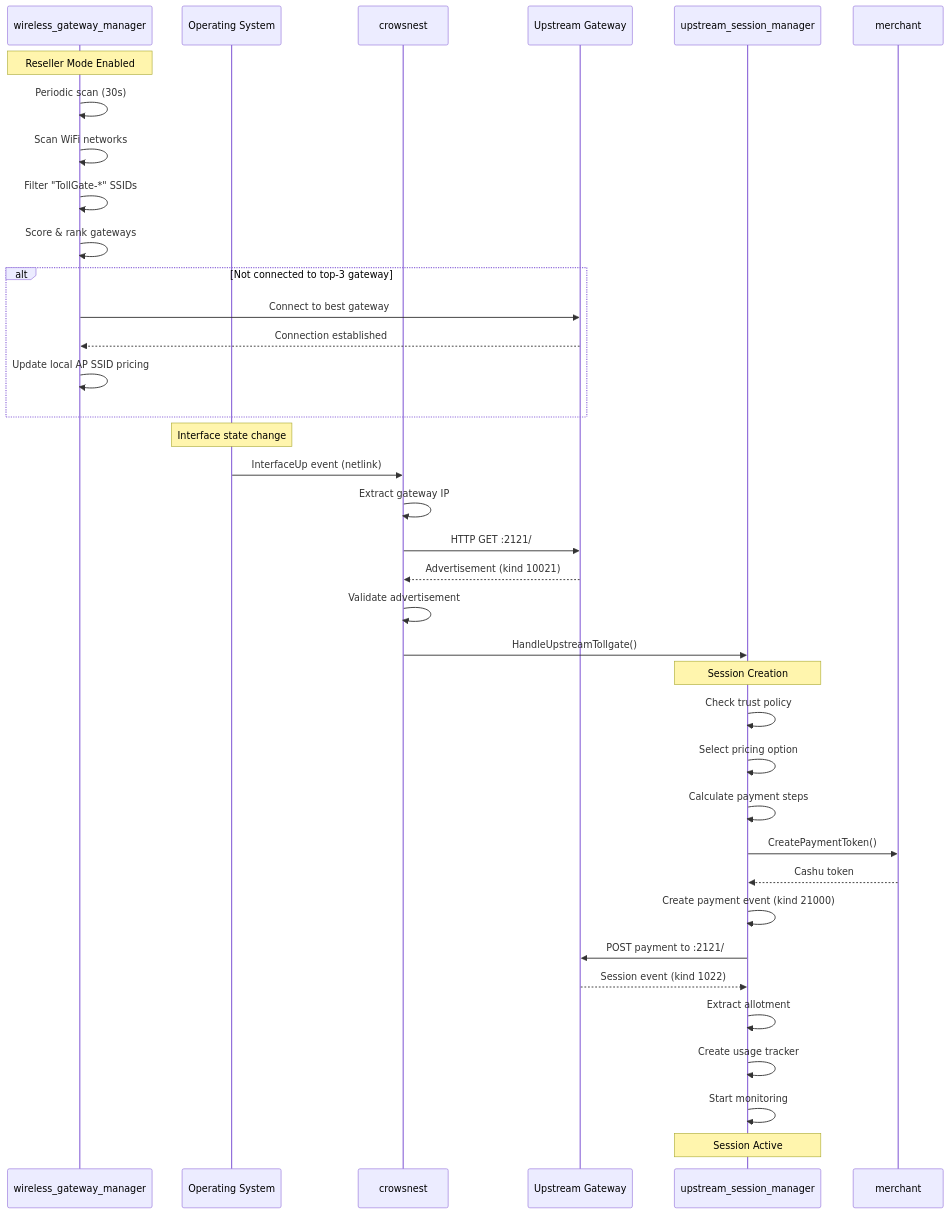
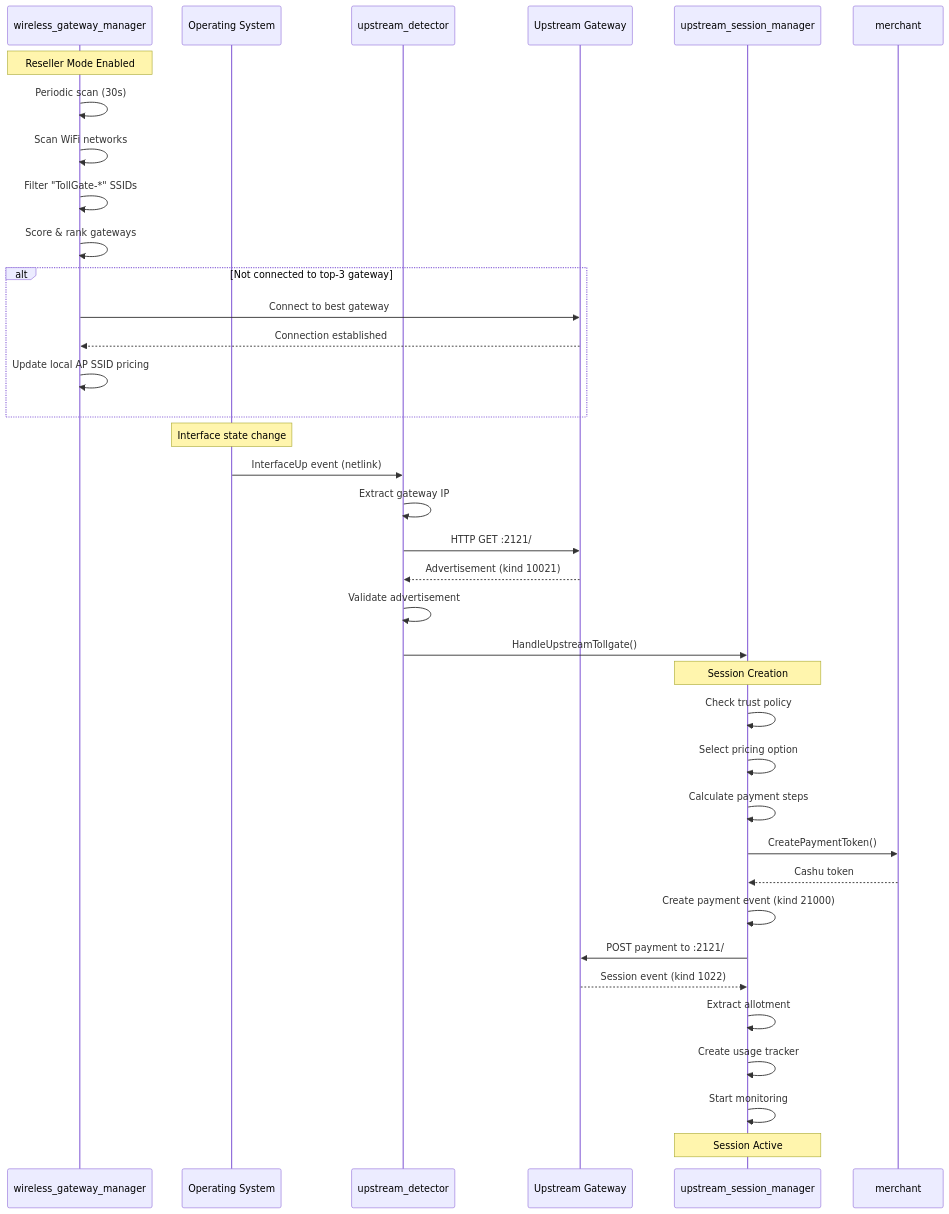
Before and after one commit to OpenTollGate/tollgate-module-basic-go: the second of 4 diagrams in docs/upstream-gateway-flow.md, drawn with Mermaid. The commit also changed other lines of this file and 2 other files, not shown here.

First line of the commit message:
docs: rename crowsnest → upstream_detector across docs

````diff
--- a/docs/upstream-gateway-flow.md
+++ b/docs/upstream-gateway-flow.md
@@ -49,45 +49,45 @@
 ```mermaid
 sequenceDiagram
     participant WGM as wireless_gateway_manager
     participant OS as Operating System
-    participant CS as crowsnest
+    participant CS as upstream_detector
     participant GW as Upstream Gateway
     participant CH as upstream_session_manager
     participant MR as merchant
     
     Note over WGM: Reseller Mode Enabled
     WGM->>WGM: Periodic scan (30s)
     WGM->>WGM: Scan WiFi networks
     WGM->>WGM: Filter "TollGate-*" SSIDs
     WGM->>WGM: Score & rank gateways
     
     alt Not connected to top-3 gateway
         WGM->>GW: Connect to best gateway
         GW-->>WGM: Connection established
         WGM->>WGM: Update local AP SSID pricing
     end
     
     Note over OS: Interface state change
     OS->>CS: InterfaceUp event (netlink)
     CS->>CS: Extract gateway IP
     CS->>GW: HTTP GET :2121/
     GW-->>CS: Advertisement (kind 10021)
     CS->>CS: Validate advertisement
     
     CS->>CH: HandleUpstreamTollgate()
     
     Note over CH: Session Creation
     CH->>CH: Check trust policy
     CH->>CH: Select pricing option
     CH->>CH: Calculate payment steps
     CH->>MR: CreatePaymentToken()
     MR-->>CH: Cashu token
     CH->>CH: Create payment event (kind 21000)
     CH->>GW: POST payment to :2121/
     GW-->>CH: Session event (kind 1022)
     CH->>CH: Extract allotment
     CH->>CH: Create usage tracker
     CH->>CH: Start monitoring
     
     Note over CH: Session Active
 ```
````
